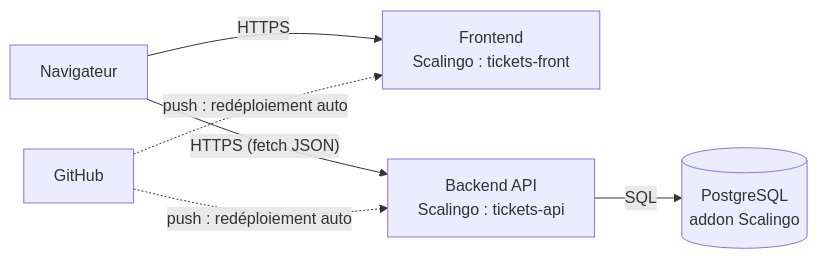
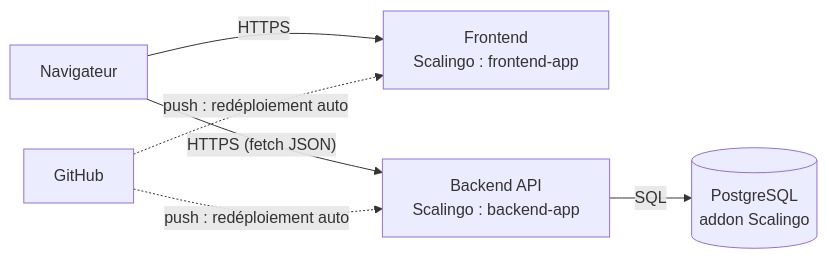
One commit to Loloroark/TP_creation_dapp changed the diagram in README.md. Above: the diagram before and after it, drawn with Mermaid. The commit also changed other lines of this file, not shown here.

````diff
--- a/README.md
+++ b/README.md
@@ -28,8 +26,8 @@
 ```mermaid
 flowchart LR
-    U[Navigateur] -->|HTTPS| F["Frontend<br/>Scalingo : tickets-front"]
-    U -->|"HTTPS (fetch JSON)"| B["Backend API<br/>Scalingo : tickets-api"]
+    U[Navigateur] -->|HTTPS| F["Frontend<br/>Scalingo : frontend-app"]
+    U -->|"HTTPS (fetch JSON)"| B["Backend API<br/>Scalingo : backend-app"]
     B -->|SQL| D[("PostgreSQL<br/>addon Scalingo")]
     G[GitHub] -.->|"push : redéploiement auto"| F
     G -.->|"push : redéploiement auto"| B
 ```
````
